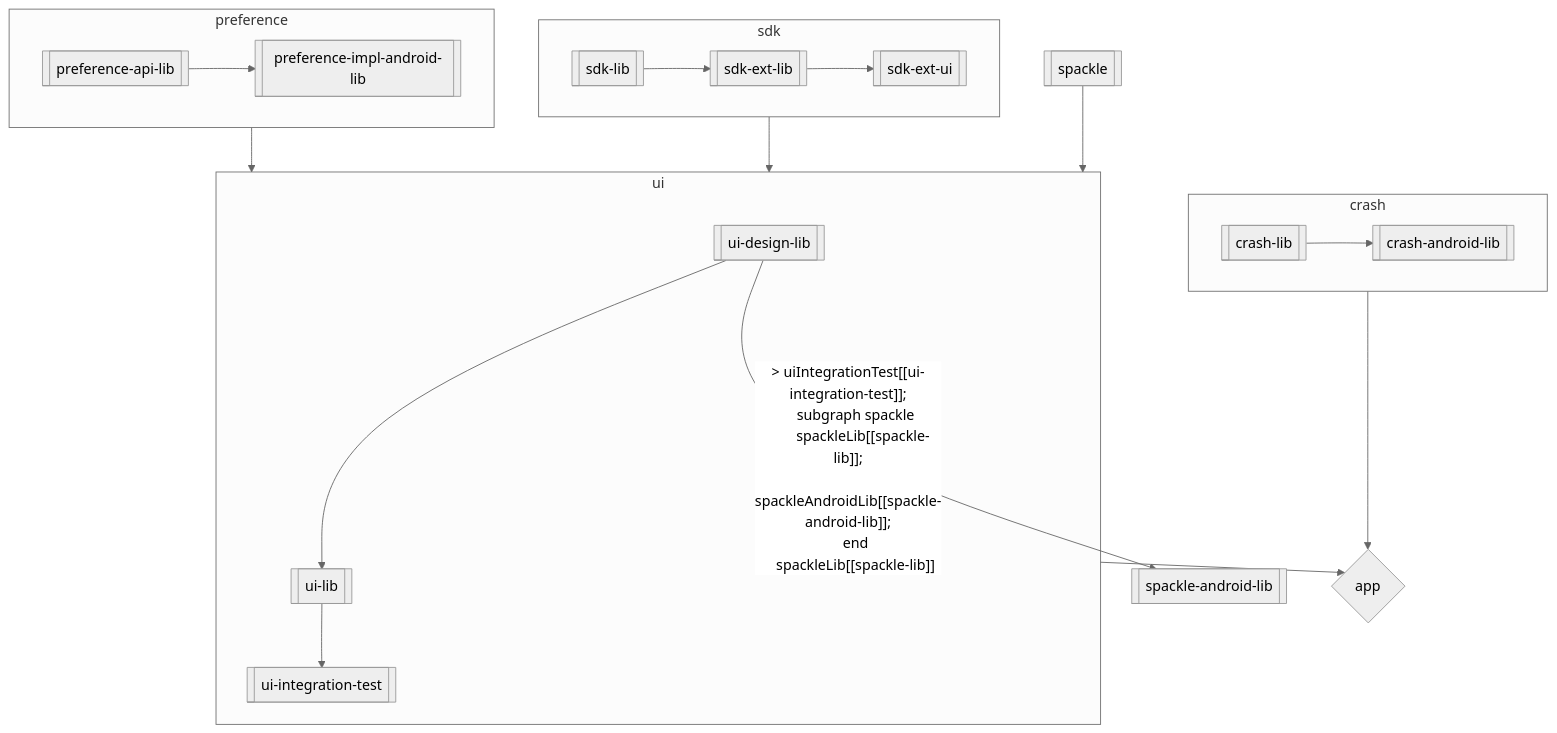
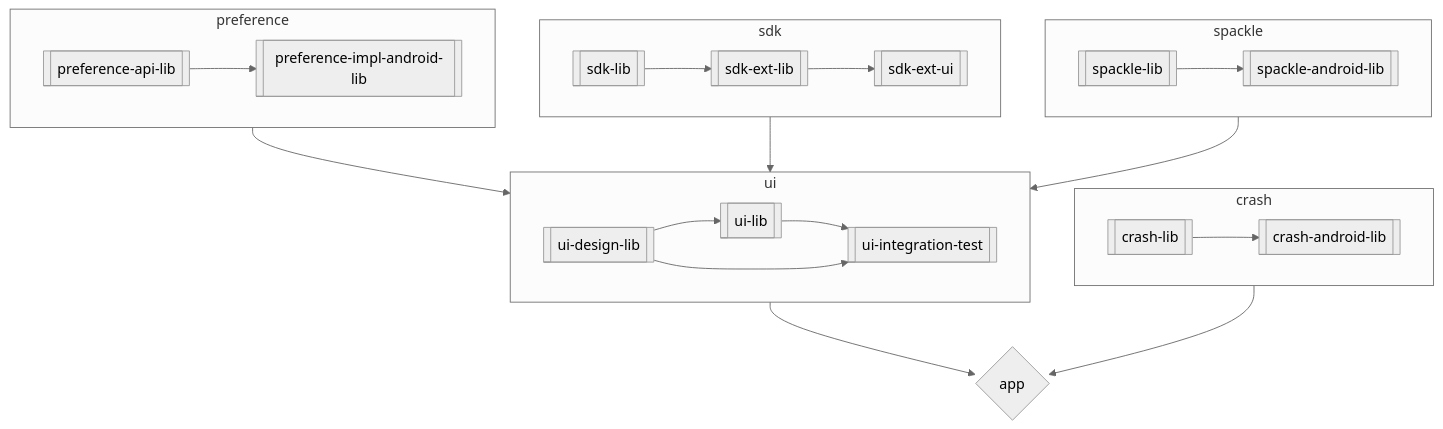
Before and after one commit to Electric-Coin-Company/zashi-android: the diagram in docs/Architecture.md, drawn with Mermaid (neutral theme).

Commit message:
Fix Mermaid graph syntax
[skip ci]

````diff
--- a/docs/Architecture.md
+++ b/docs/Architecture.md
@@ -50,37 +50,37 @@
 ```mermaid
   flowchart TB;
       subgraph sdk
           sdkLib[[sdk-lib]];
           sdkExtLib[[sdk-ext-lib]];
           sdkExtUi[[sdk-ext-ui]];
       end
       sdkLib[[sdk-lib]] --> sdkExtLib[[sdk-ext-lib]] --> sdkExtUi[[sdk-ext-ui]];
       subgraph preference
           preferenceApiLib[[preference-api-lib]];
           preferenceImplAndroidLib[[preference-impl-android-lib]];
       end
       preferenceApiLib[[preference-api-lib]] --> preferenceImplAndroidLib[[preference-impl-android-lib]];
       subgraph crash
           crashLib[[crash-lib]];
           crashAndroidLib[[crash-android-lib]];
       end
       crashLib[[crash-lib]] --> crashAndroidLib[[crash-android-lib]];
       subgraph ui
           uiDesignLib[[ui-design-lib]];
           uiLib[[ui-lib]];
           uiIntegrationTest[[ui-integration-test]];
       end
       uiDesignLib[[ui-design-lib]] --> uiLib[[ui-lib]];
       uiLib[[ui-lib]] --> uiIntegrationTest[[ui-integration-test]];
-      uiDesignLib[[ui-design-lib]] -- > uiIntegrationTest[[ui-integration-test]];
+      uiDesignLib[[ui-design-lib]] --> uiIntegrationTest[[ui-integration-test]];
       subgraph spackle
           spackleLib[[spackle-lib]];
           spackleAndroidLib[[spackle-android-lib]];
       end
       spackleLib[[spackle-lib]] --> spackleAndroidLib[[spackle-android-lib]];
       preference --> ui[[ui]];
       sdk --> ui[[ui]];
       spackle[[spackle]] --> ui[[ui]];
       ui[[ui]] --> app{app};
       crash[[crash]] --> app{app};
 ```
````
